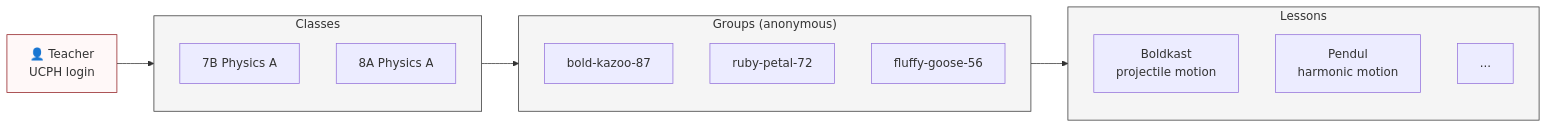
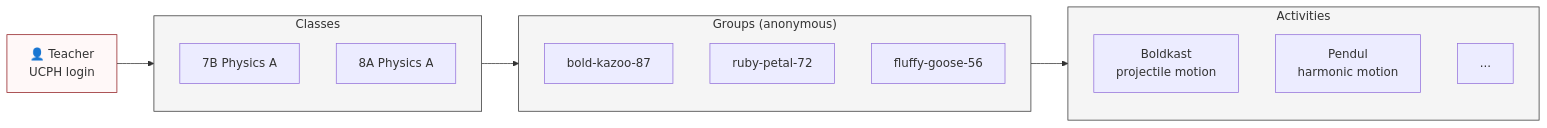
One commit to sunholo-data/aipla changed the second of 5 diagrams in architecture.qmd. Above: the diagram before and after it, drawn with Mermaid. The commit also changed other lines of this file and 7 other files, not shown here.

````diff
--- a/architecture.qmd
+++ b/architecture.qmd
@@ -38,30 +38,30 @@
 ```{mermaid}
 flowchart LR
     Teacher["👤 Teacher\nUCPH login"]
 
     subgraph Classes["Classes"]
         ClassA["7B Physics A"]
         ClassB["8A Physics A"]
     end
 
     subgraph Groups["Groups (anonymous)"]
         Group1["bold-kazoo-87"]
         Group2["ruby-petal-72"]
         Group3["fluffy-goose-56"]
     end
 
-    subgraph Lessons["Lessons"]
+    subgraph Activities["Activities"]
         L1["Boldkast\nprojectile motion"]
         L2["Pendul\nharmonic motion"]
         L3["..."]
     end
 
     Teacher --> Classes
     Classes --> Groups
-    Groups --> Lessons
+    Groups --> Activities
 
     style Teacher fill:#fff8f8,stroke:#901a1e
     style Classes fill:#f5f5f5,stroke:#333
     style Groups fill:#f5f5f5,stroke:#333
-    style Lessons fill:#f5f5f5,stroke:#333
+    style Activities fill:#f5f5f5,stroke:#333
 ```
````
